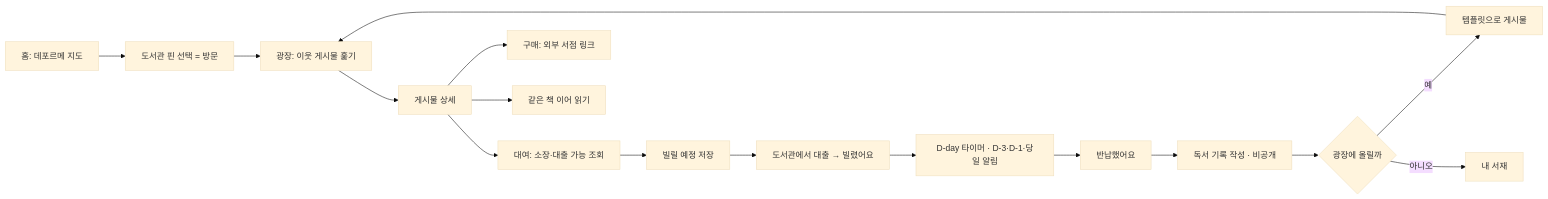
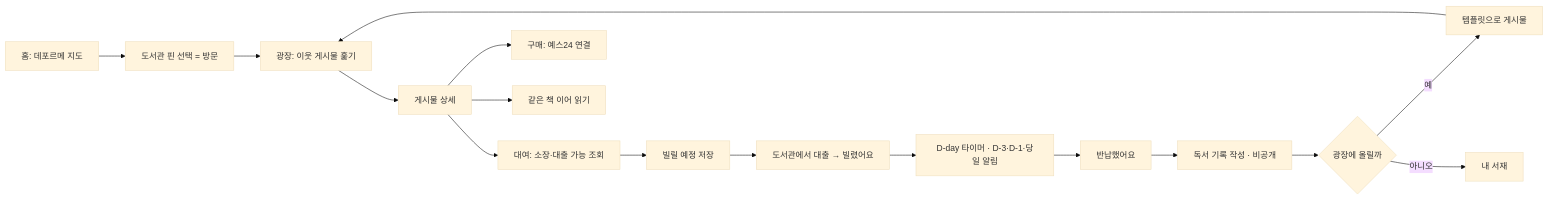
The first of 7 diagrams in 개발산출물/유저_플로우.md (axteamc/localone), drawn with Mermaid (base theme) before and after one commit. The commit also changed 11 other files, not shown here.

````diff
--- a/개발산출물/유저_플로우.md
+++ b/개발산출물/유저_플로우.md
@@ -7,18 +7,18 @@
 ```mermaid
 flowchart LR
   A[홈: 데포르메 지도] --> B[도서관 핀 선택 = 방문]
   B --> C[광장: 이웃 게시물 훑기]
   C --> D[게시물 상세]
   D --> E[대여: 소장·대출 가능 조회]
-  D --> F[구매: 외부 서점 링크]
+  D --> F[구매: 예스24 연결]
   D --> G[같은 책 이어 읽기]
   E --> H[빌릴 예정 저장]
   H --> I[도서관에서 대출 → 빌렸어요]
   I --> J[D-day 타이머 · D-3·D-1·당일 알림]
   J --> K[반납했어요]
   K --> L[독서 기록 작성 · 비공개]
   L --> M{광장에 올릴까}
   M -- 예 --> N[템플릿으로 게시물]
   N --> C
   M -- 아니오 --> O[내 서재]
 ```
````
